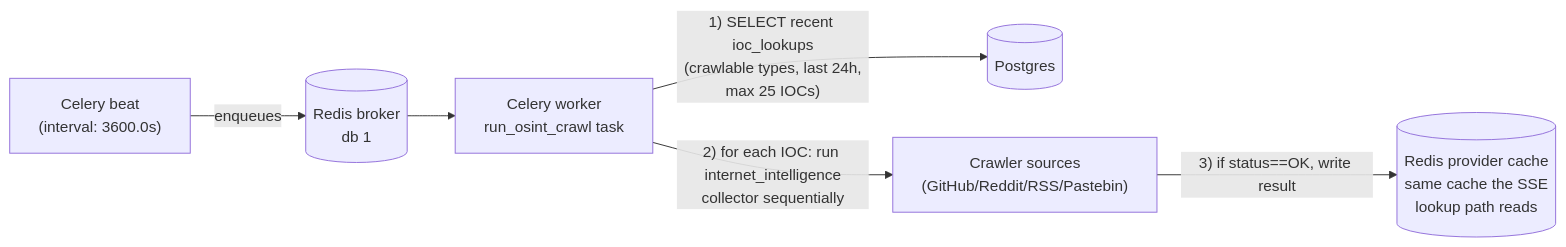
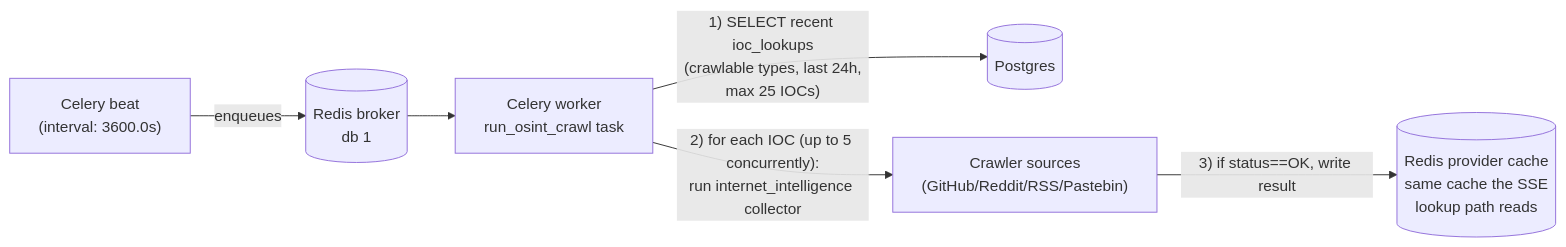
One commit to neshboy/horizon-grid changed the third of 3 diagrams in docs/ARCHITECTURE.md. Above: the diagram before and after it, drawn with Mermaid. The commit also changed other lines of this file and 101 other files, not shown here.

````diff
--- a/docs/ARCHITECTURE.md
+++ b/docs/ARCHITECTURE.md
@@ -319,8 +344,8 @@
 ```mermaid
 flowchart LR
     BEAT["Celery beat<br/>(interval: 3600.0s)"] -->|enqueues| QUEUE[("Redis broker<br/>db 1")]
     QUEUE --> WORKER["Celery worker<br/>run_osint_crawl task"]
     WORKER -->|"1) SELECT recent ioc_lookups<br/>(crawlable types, last 24h,<br/>max 25 IOCs)"| PG[("Postgres")]
-    WORKER -->|"2) for each IOC: run internet_intelligence<br/>collector sequentially"| CRAWLER["Crawler sources<br/>(GitHub/Reddit/RSS/Pastebin)"]
+    WORKER -->|"2) for each IOC (up to 5 concurrently):<br/>run internet_intelligence collector"| CRAWLER["Crawler sources<br/>(GitHub/Reddit/RSS/Pastebin)"]
     CRAWLER -->|"3) if status==OK, write result"| CACHE[("Redis provider cache<br/>same cache the SSE<br/>lookup path reads")]
 ```
````
